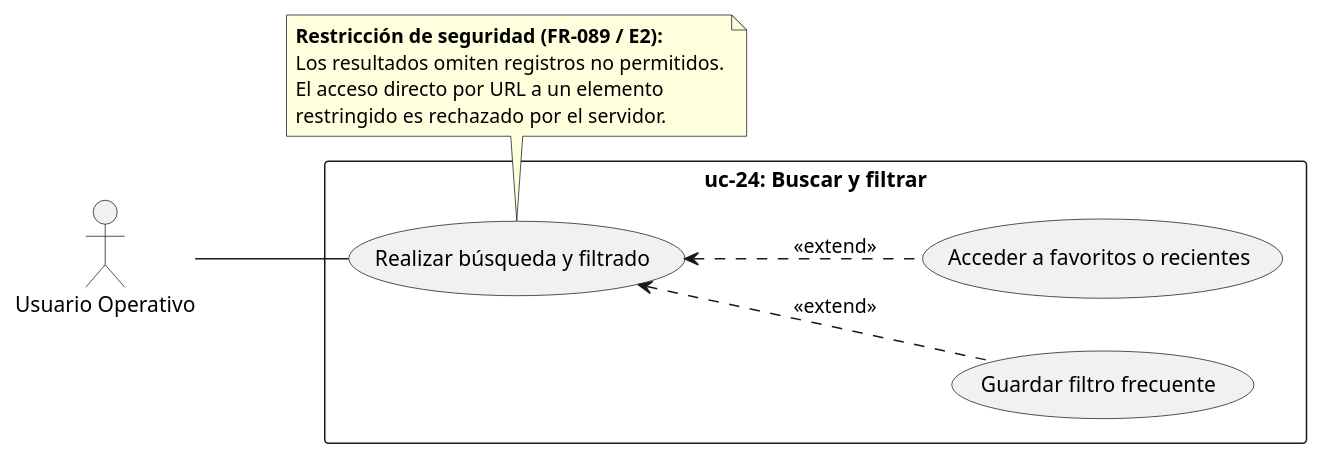
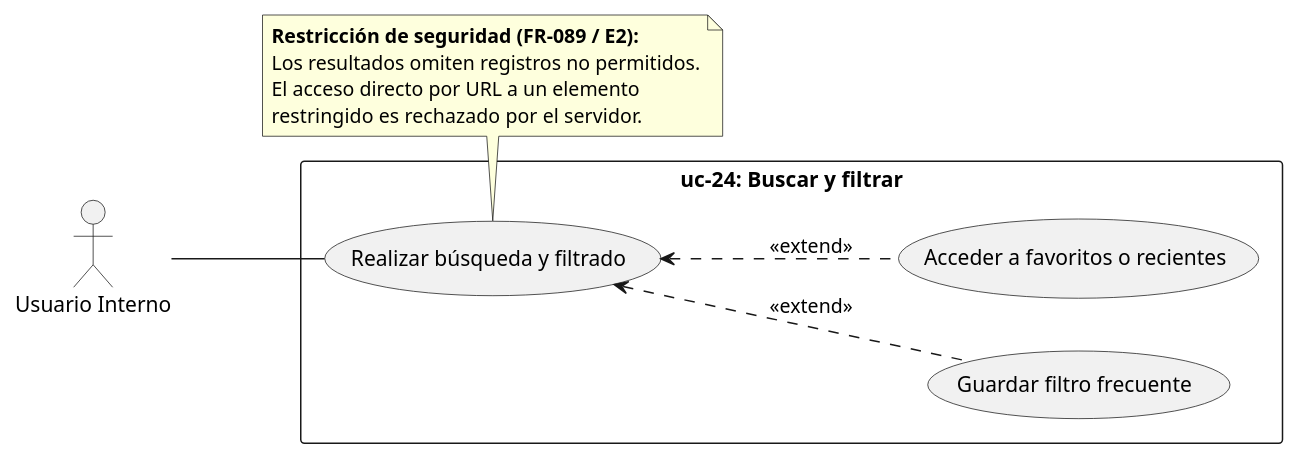
Before and after one commit to pablorv3/Hienitas-ADAP: the diagram in doc/src/casos-uso/uc-24-buscar-filtrar.pu, drawn with PlantUML. The commit also changed 2 other files, not shown here.

Commit message:
uml diagram user case fix

```diff
--- a/doc/src/casos-uso/uc-24-buscar-filtrar.pu
+++ b/doc/src/casos-uso/uc-24-buscar-filtrar.pu
@@ -1,28 +1,28 @@
 @startuml uc-24
     left to right direction
     skinparam packageStyle rectangle
 
-    actor "Usuario Operativo" as UI
+    actor "Usuario Interno" as UI
 
     rectangle "uc-24: Buscar y filtrar" {
         usecase "Realizar búsqueda y filtrado" as UC_Buscar
         usecase "Guardar filtro frecuente" as UC_Guardar
         usecase "Acceder a favoritos o recientes" as UC_Favoritos
 
         ' Opciones secundarias derivadas de la búsqueda
         UC_Buscar <.. UC_Guardar : <<extend>>
         UC_Buscar <.. UC_Favoritos : <<extend>>
     }
 
     ' Nota de seguridad sobre los resultados
     note bottom of UC_Buscar
     <b>Restricción de seguridad (FR-089 / E2):</b>
     Los resultados omiten registros no permitidos.
     El acceso directo por URL a un elemento
     restringido es rechazado por el servidor.
     end note
 
     ' Asociación simple
     UI -- UC_Buscar
 
 @enduml
```
